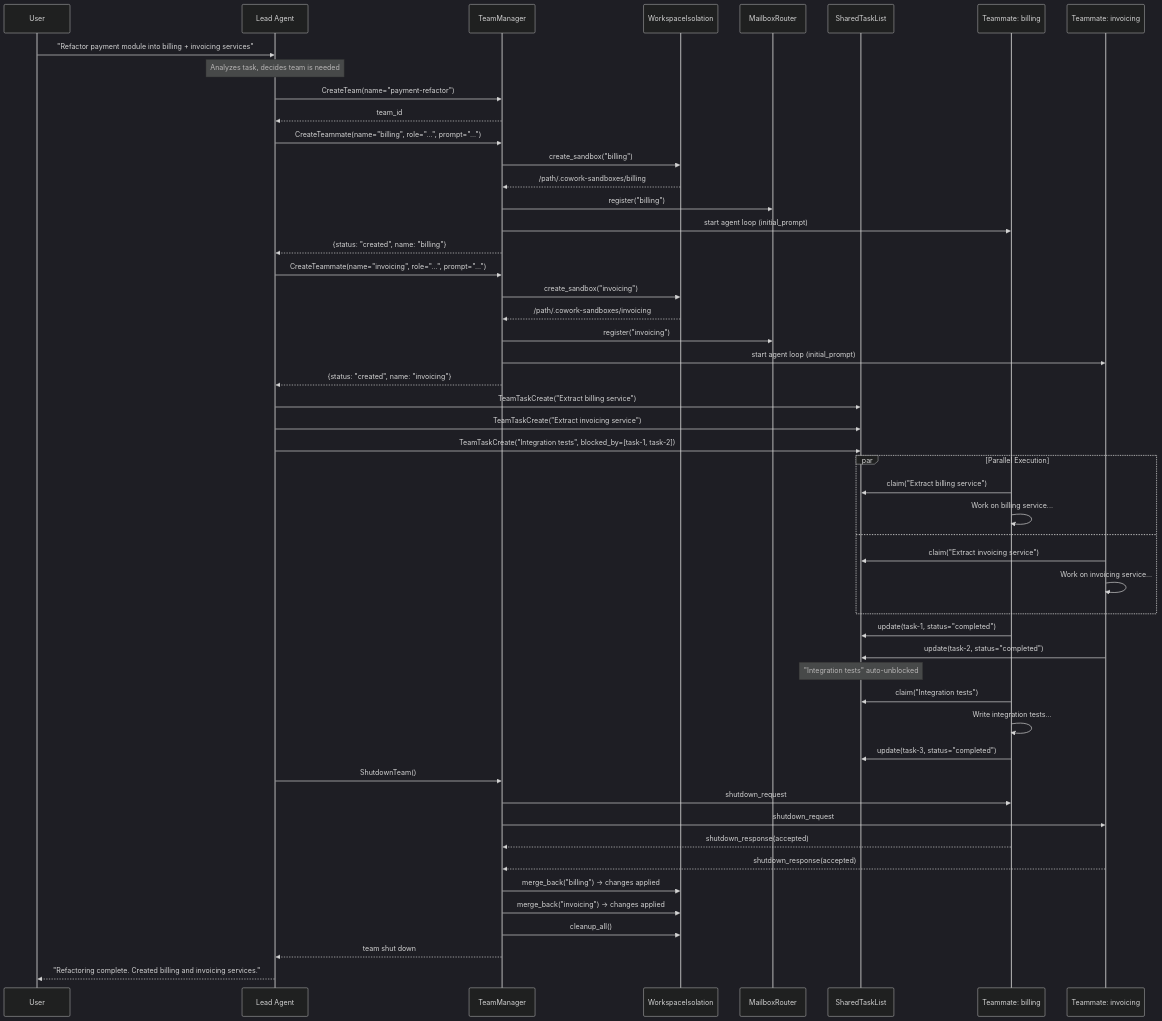
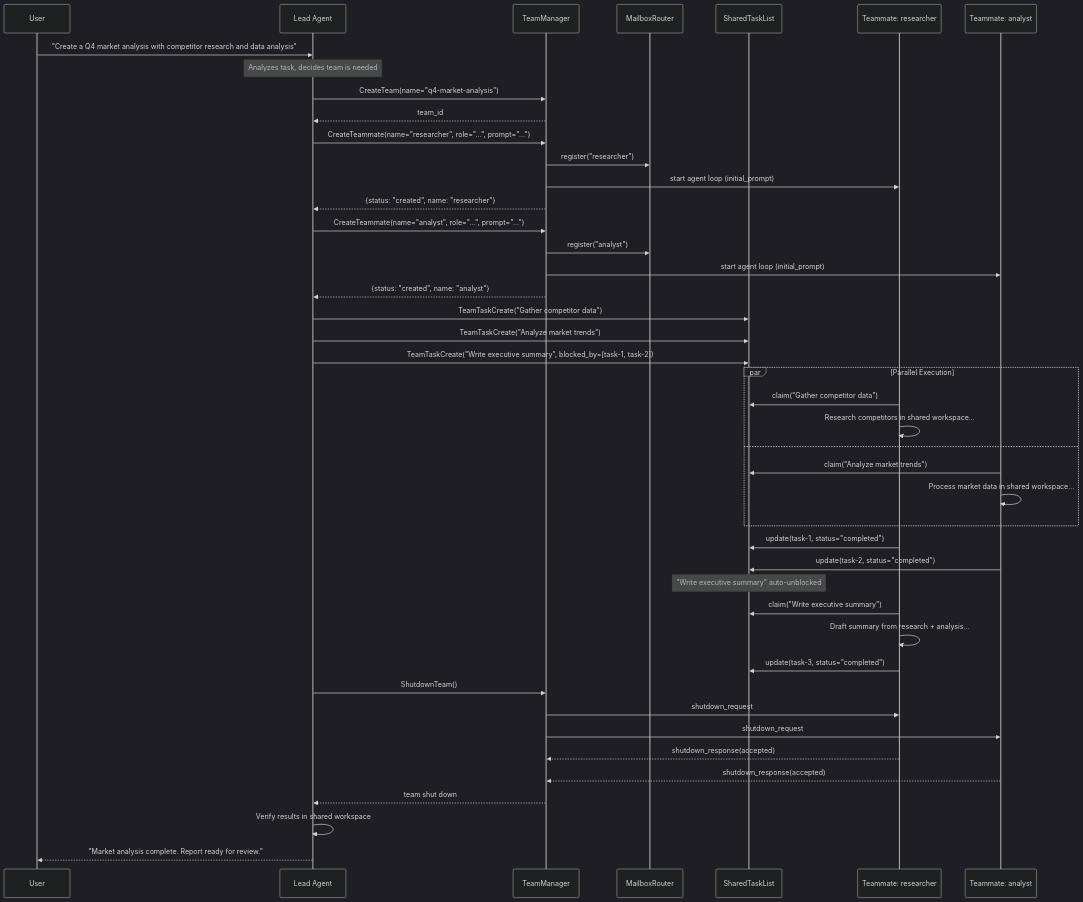
Before and after one commit to suman724/cowork-infra: the fifth of 14 diagrams in docs/components/agent-teams.md, drawn with Mermaid (dark theme). The commit also changed other lines of this file, not shown here.

````diff
--- a/docs/components/agent-teams.md
+++ b/docs/components/agent-teams.md
@@ -511,63 +537,56 @@
 ```mermaid
 sequenceDiagram
     participant User
     participant Lead as Lead Agent
     participant TM as TeamManager
-    participant WI as WorkspaceIsolation
     participant MB as MailboxRouter
     participant TL as SharedTaskList
-    participant T1 as Teammate: billing
-    participant T2 as Teammate: invoicing
+    participant T1 as Teammate: researcher
+    participant T2 as Teammate: analyst
 
-    User->>Lead: "Refactor payment module into billing + invoicing services"
+    User->>Lead: "Create a Q4 market analysis with competitor research and data analysis"
     Note over Lead: Analyzes task, decides team is needed
 
-    Lead->>TM: CreateTeam(name="payment-refactor")
+    Lead->>TM: CreateTeam(name="q4-market-analysis")
     TM-->>Lead: team_id
 
-    Lead->>TM: CreateTeammate(name="billing", role="...", prompt="...")
-    TM->>WI: create_sandbox("billing")
-    WI-->>TM: /path/.cowork-sandboxes/billing
-    TM->>MB: register("billing")
+    Lead->>TM: CreateTeammate(name="researcher", role="...", prompt="...")
+    TM->>MB: register("researcher")
     TM->>T1: start agent loop (initial_prompt)
-    TM-->>Lead: {status: "created", name: "billing"}
+    TM-->>Lead: {status: "created", name: "researcher"}
 
-    Lead->>TM: CreateTeammate(name="invoicing", role="...", prompt="...")
-    TM->>WI: create_sandbox("invoicing")
-    WI-->>TM: /path/.cowork-sandboxes/invoicing
-    TM->>MB: register("invoicing")
+    Lead->>TM: CreateTeammate(name="analyst", role="...", prompt="...")
+    TM->>MB: register("analyst")
     TM->>T2: start agent loop (initial_prompt)
-    TM-->>Lead: {status: "created", name: "invoicing"}
+    TM-->>Lead: {status: "created", name: "analyst"}
 
-    Lead->>TL: TeamTaskCreate("Extract billing service")
-    Lead->>TL: TeamTaskCreate("Extract invoicing service")
-    Lead->>TL: TeamTaskCreate("Integration tests", blocked_by=[task-1, task-2])
+    Lead->>TL: TeamTaskCreate("Gather competitor data")
+    Lead->>TL: TeamTaskCreate("Analyze market trends")
+    Lead->>TL: TeamTaskCreate("Write executive summary", blocked_by=[task-1, task-2])
 
     par Parallel Execution
-        T1->>TL: claim("Extract billing service")
-        T1->>T1: Work on billing service...
+        T1->>TL: claim("Gather competitor data")
+        T1->>T1: Research competitors in shared workspace...
     and
-        T2->>TL: claim("Extract invoicing service")
-        T2->>T2: Work on invoicing service...
+        T2->>TL: claim("Analyze market trends")
+        T2->>T2: Process market data in shared workspace...
     end
 
     T1->>TL: update(task-1, status="completed")
     T2->>TL: update(task-2, status="completed")
-    Note over TL: "Integration tests" auto-unblocked
+    Note over TL: "Write executive summary" auto-unblocked
 
-    T1->>TL: claim("Integration tests")
-    T1->>T1: Write integration tests...
+    T1->>TL: claim("Write executive summary")
+    T1->>T1: Draft summary from research + analysis...
     T1->>TL: update(task-3, status="completed")
 
     Lead->>TM: ShutdownTeam()
     TM->>T1: shutdown_request
     TM->>T2: shutdown_request
     T1-->>TM: shutdown_response(accepted)
     T2-->>TM: shutdown_response(accepted)
-    TM->>WI: merge_back("billing") → changes applied
-    TM->>WI: merge_back("invoicing") → changes applied
-    TM->>WI: cleanup_all()
     TM-->>Lead: team shut down
 
-    Lead-->>User: "Refactoring complete. Created billing and invoicing services."
+    Lead->>Lead: Verify results in shared workspace
+    Lead-->>User: "Market analysis complete. Report ready for review."
 ```
````
